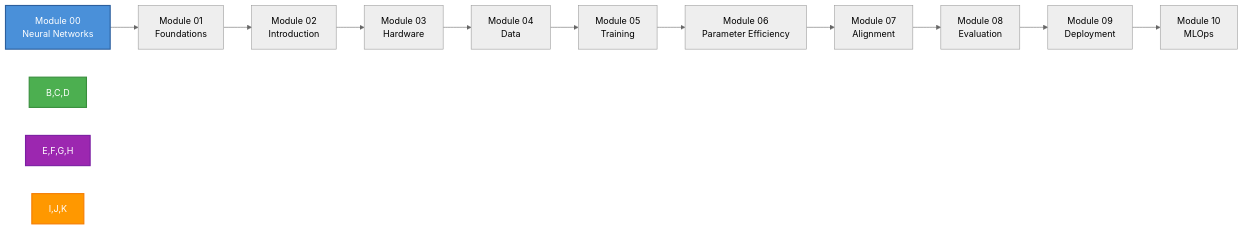
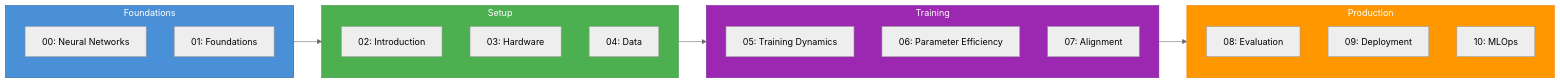
Before and after one commit to Parv17k/llm-fine-tuning-guide: the first of 2 diagrams in README.md, drawn with Mermaid (neutral theme). The commit also changed other lines of this file and 2 other files, not shown here.

````diff
--- a/README.md
+++ b/README.md
@@ -36,18 +71,32 @@
 ```mermaid
-graph LR
-    A[Module 00<br>Neural Networks] --> B[Module 01<br>Foundations]
-    B --> C[Module 02<br>Introduction]
-    C --> D[Module 03<br>Hardware]
-    D --> E[Module 04<br>Data]
-    E --> F[Module 05<br>Training]
-    F --> G[Module 06<br>Parameter Efficiency]
-    G --> H[Module 07<br>Alignment]
-    H --> I[Module 08<br>Evaluation]
-    I --> J[Module 09<br>Deployment]
-    J --> K[Module 10<br>MLOps]
-
-    style A fill:#4a90d9,stroke:#2c5f9d,color:#ffffff,stroke-width:2px
-    style B,C,D fill:#4caf50,stroke:#388e3c,color:#ffffff,stroke-width:2px
-    style E,F,G,H fill:#9c27b0,stroke:#7b1fa2,color:#ffffff,stroke-width:2px
-    style I,J,K fill:#ff9800,stroke:#f57c00,color:#ffffff,stroke-width:2px
+flowchart LR
+    subgraph Foundations["Foundations"]
+        A[00: Neural Networks]
+        B[01: Foundations]
+    end
+    
+    subgraph Setup["Setup"]
+        C[02: Introduction]
+        D[03: Hardware]
+        E[04: Data]
+    end
+    
+    subgraph Training["Training"]
+        F[05: Training Dynamics]
+        G[06: Parameter Efficiency]
+        H[07: Alignment]
+    end
+    
+    subgraph Production["Production"]
+        I[08: Evaluation]
+        J[09: Deployment]
+        K[10: MLOps]
+    end
+    
+    Foundations --> Setup --> Training --> Production
+    
+    style Foundations fill:#4a90d9,stroke:#2c5f9d,color:#ffffff
+    style Setup fill:#4caf50,stroke:#388e3c,color:#ffffff
+    style Training fill:#9c27b0,stroke:#7b1fa2,color:#ffffff
+    style Production fill:#ff9800,stroke:#f57c00,color:#ffffff
 ```
````
